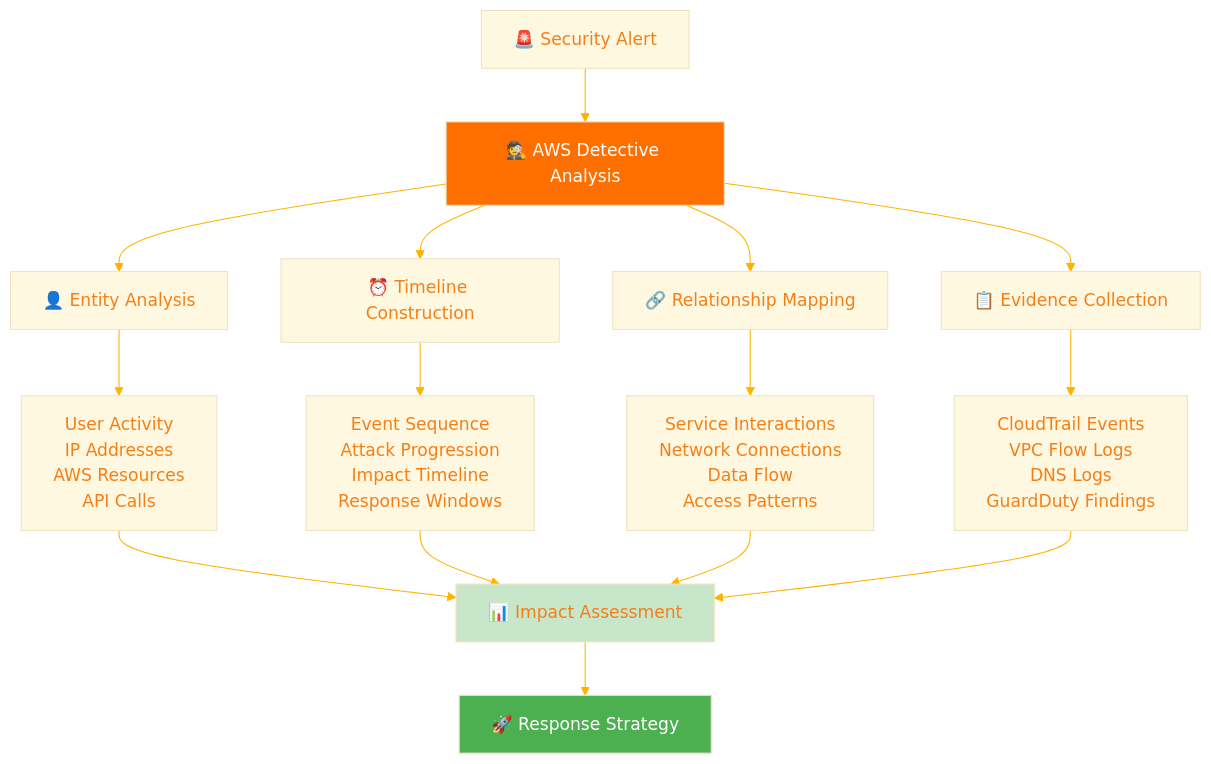
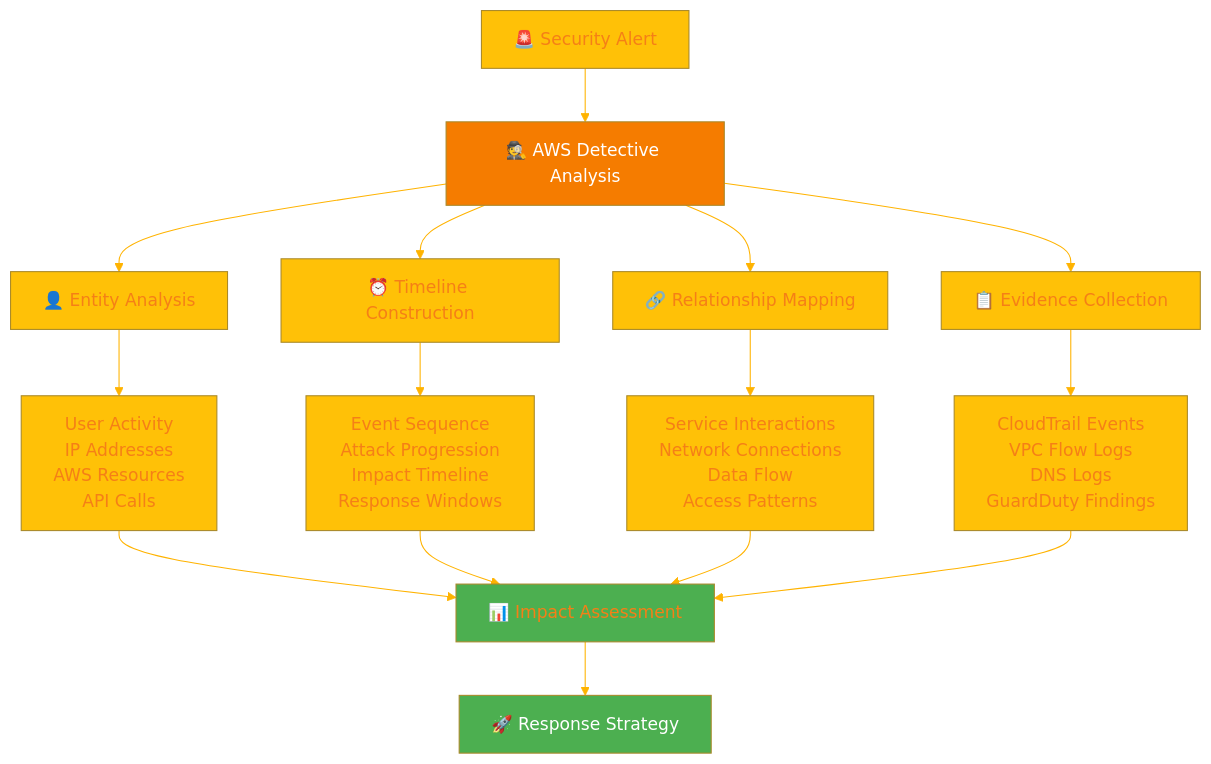
One commit to Hack23/ISMS-PUBLIC changed the fifth of 13 diagrams in Incident_Response_Plan.md. Above: the diagram before and after it, drawn with Mermaid. The commit also changed other lines of this file and 35 other files, not shown here.

````diff
--- a/Incident_Response_Plan.md
+++ b/Incident_Response_Plan.md
@@ -170,38 +339,38 @@
 ```mermaid
 %%{
   init: {
     'theme': 'base',
     'themeVariables': {
-      'primaryColor': '#fff8e1',
+      'primaryColor': '#FFC107',
       'primaryTextColor': '#f57f17',
       'lineColor': '#ffb300'
     }
   }
 }%%
 flowchart TD
     ALERT[🚨 Security Alert] --> DETECTIVE[🕵️ AWS Detective Analysis]
     
     DETECTIVE --> ENTITIES[👤 Entity Analysis]
     DETECTIVE --> TIMELINE[⏰ Timeline Construction]
     DETECTIVE --> RELATIONSHIPS[🔗 Relationship Mapping]
     DETECTIVE --> EVIDENCE[📋 Evidence Collection]
     
     ENTITIES --> E1[User Activity<br/>IP Addresses<br/>AWS Resources<br/>API Calls]
     
     TIMELINE --> T1[Event Sequence<br/>Attack Progression<br/>Impact Timeline<br/>Response Windows]
     
     RELATIONSHIPS --> R1[Service Interactions<br/>Network Connections<br/>Data Flow<br/>Access Patterns]
     
     EVIDENCE --> EV1[CloudTrail Events<br/>VPC Flow Logs<br/>DNS Logs<br/>GuardDuty Findings]
     
     E1 --> ASSESSMENT[📊 Impact Assessment]
     T1 --> ASSESSMENT
     R1 --> ASSESSMENT
     EV1 --> ASSESSMENT
     
     ASSESSMENT --> RESPONSE[🚀 Response Strategy]
     
-    style DETECTIVE fill:#ff6f00,color:#fff
-    style ASSESSMENT fill:#c8e6c9
+    style DETECTIVE fill:#F57C00,color:#fff
+    style ASSESSMENT fill:#4CAF50
     style RESPONSE fill:#4caf50,color:#fff
 ```
````
